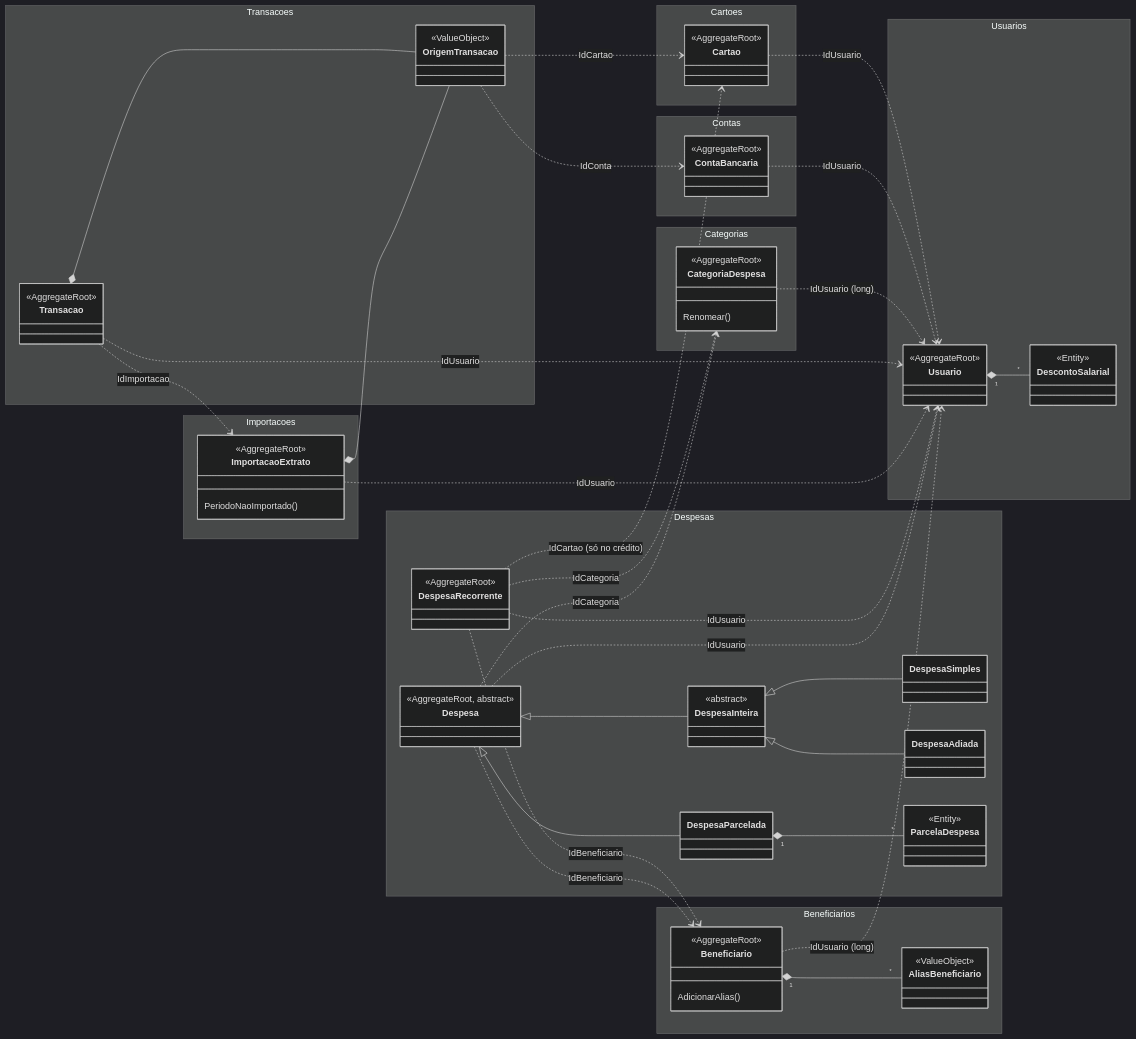
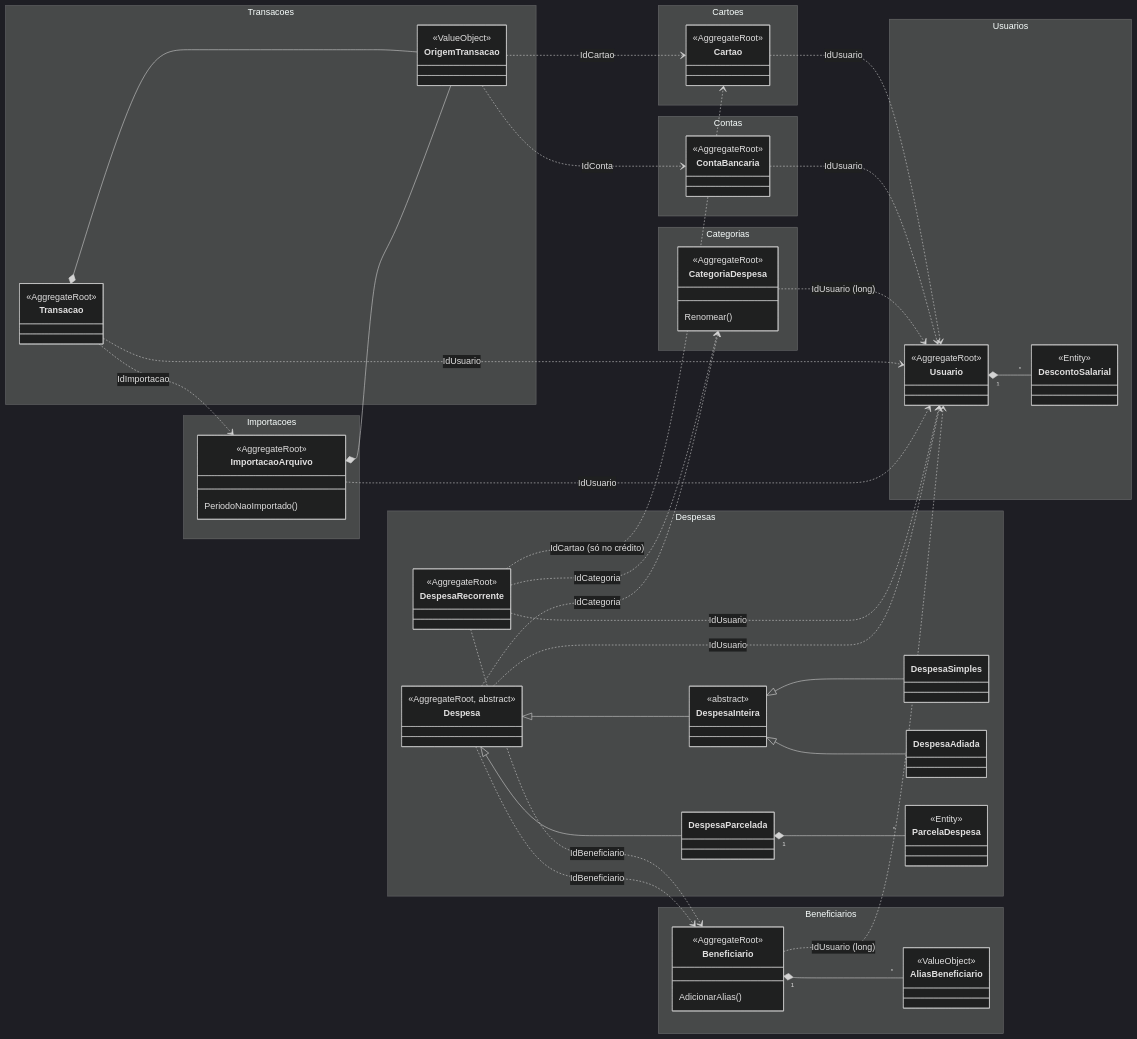
The first of 2 diagrams in docs/modelo-de-dominio.md (humbertosampaio/controle-financeiro), drawn with Mermaid (dark theme) before and after one commit. The commit also changed other lines of this file and 19 other files, not shown here.

First line of the commit message:
refactor(importacao): Renomeia a importação do extrato para importação do arquivo

````diff
--- a/docs/modelo-de-dominio.md
+++ b/docs/modelo-de-dominio.md
@@ -84,7 +84,7 @@
     }
 
     namespace Importacoes {
-        class ImportacaoExtrato {
+        class ImportacaoArquivo {
             <<AggregateRoot>>
             PeriodoNaoImportado()
         }
@@ -114,9 +114,9 @@
 
     Transacao *-- OrigemTransacao
     Transacao ..> Usuario : IdUsuario
-    Transacao ..> ImportacaoExtrato : IdImportacao
+    Transacao ..> ImportacaoArquivo : IdImportacao
     OrigemTransacao ..> ContaBancaria : IdConta
     OrigemTransacao ..> Cartao : IdCartao
-    ImportacaoExtrato *-- OrigemTransacao
-    ImportacaoExtrato ..> Usuario : IdUsuario
+    ImportacaoArquivo *-- OrigemTransacao
+    ImportacaoArquivo ..> Usuario : IdUsuario
 ```
````
